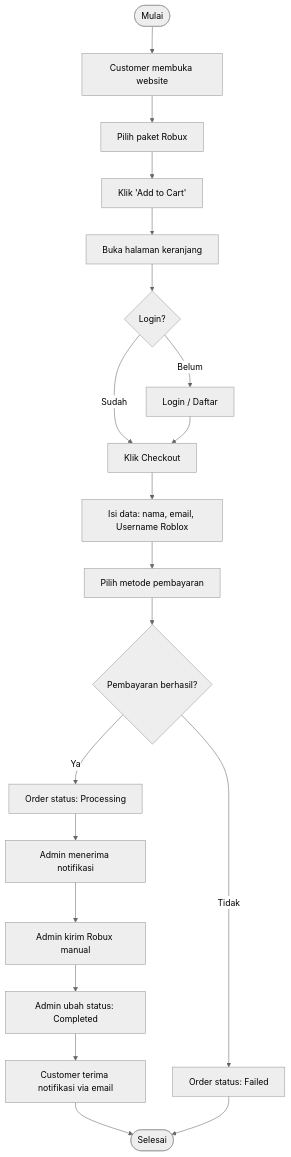
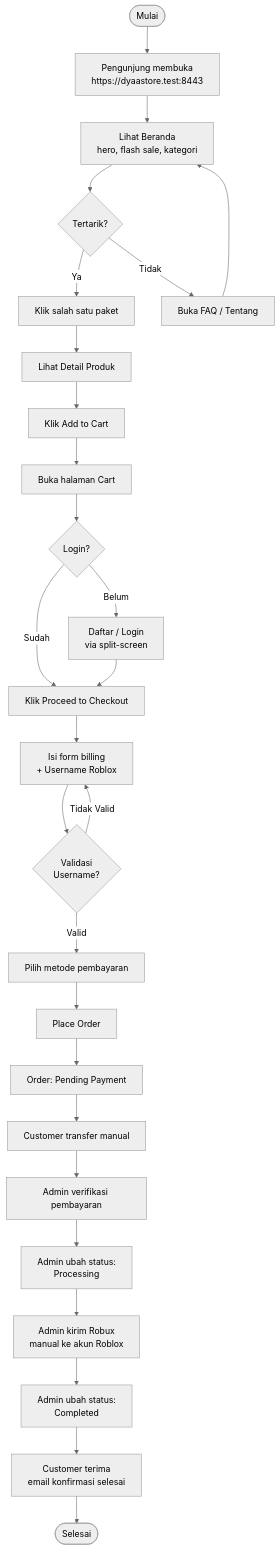
The second of 5 diagrams in docs/02-perancangan-uml.md (WahyuNimcoo/skripsi-dyaastore-wahyu), drawn with Mermaid (neutral theme) before and after one commit. The commit also changed other lines of this file and 8 other files, not shown here.

````diff
--- a/docs/02-perancangan-uml.md
+++ b/docs/02-perancangan-uml.md
@@ -56,22 +110,29 @@
 ```mermaid
 flowchart TD
-    Start([Mulai]) --> A[Customer membuka website]
-    A --> B[Pilih paket Robux]
-    B --> C[Klik 'Add to Cart']
-    C --> D[Buka halaman keranjang]
-    D --> E{Login?}
-    E -- Belum --> F[Login / Daftar]
-    E -- Sudah --> G[Klik Checkout]
-    F --> G
-    G --> H[Isi data: nama, email, Username Roblox]
-    H --> I[Pilih metode pembayaran]
-    I --> J{Pembayaran berhasil?}
-    J -- Ya --> K[Order status: Processing]
-    J -- Tidak --> L[Order status: Failed]
-    K --> M[Admin menerima notifikasi]
-    M --> N[Admin kirim Robux manual]
-    N --> O[Admin ubah status: Completed]
-    O --> P[Customer terima notifikasi via email]
-    P --> End([Selesai])
-    L --> End
+    Start([Mulai]) --> A[Pengunjung membuka<br/>https://dyaastore.test:8443]
+    A --> B[Lihat Beranda<br/>hero, flash sale, kategori]
+    B --> C{Tertarik?}
+    C -- Ya --> D[Klik salah satu paket]
+    C -- Tidak --> E[Buka FAQ / Tentang]
+    E --> B
+    D --> F[Lihat Detail Produk]
+    F --> G[Klik Add to Cart]
+    G --> H[Buka halaman Cart]
+    H --> I{Login?}
+    I -- Belum --> J[Daftar / Login<br/>via split-screen]
+    I -- Sudah --> K[Klik Proceed to Checkout]
+    J --> K
+    K --> L[Isi form billing<br/>+ Username Roblox]
+    L --> M{Validasi<br/>Username?}
+    M -- Tidak Valid --> L
+    M -- Valid --> N[Pilih metode pembayaran]
+    N --> O[Place Order]
+    O --> P[Order: Pending Payment]
+    P --> Q[Customer transfer manual]
+    Q --> R[Admin verifikasi pembayaran]
+    R --> S[Admin ubah status:<br/>Processing]
+    S --> T[Admin kirim Robux<br/>manual ke akun Roblox]
+    T --> U[Admin ubah status:<br/>Completed]
+    U --> V[Customer terima<br/>email konfirmasi selesai]
+    V --> End([Selesai])
 ```
````
